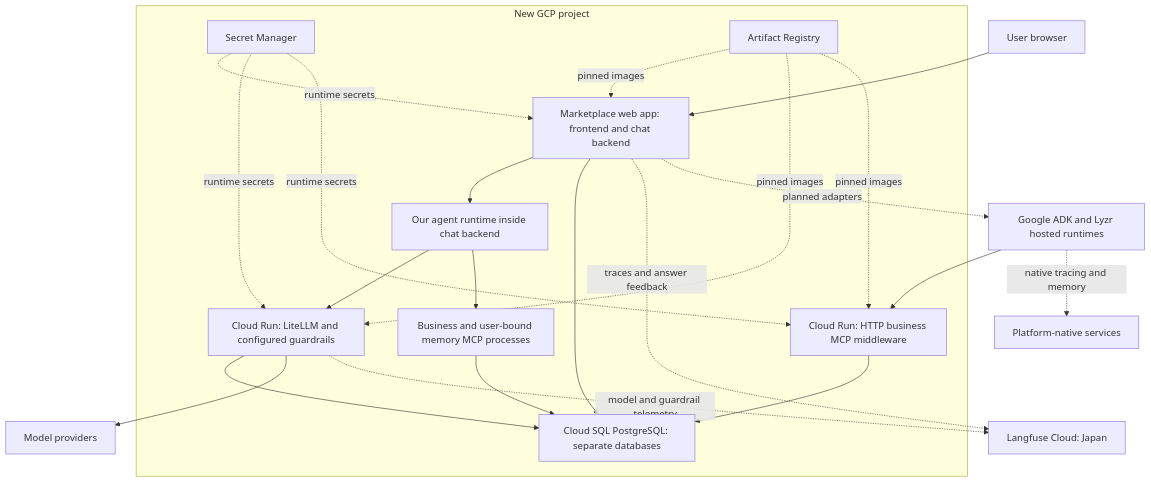
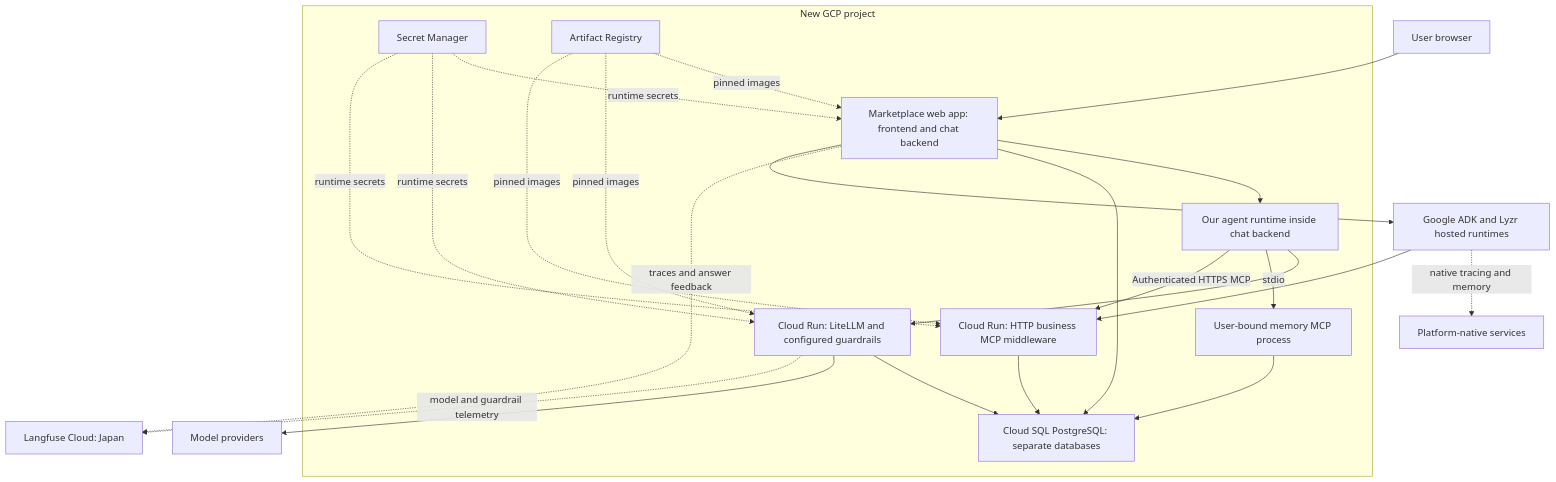
One commit to smakam/agentic-systems changed the diagram in course/MARKETPLACE-DEPLOYMENT-ARCHITECTURE.md. Above: the diagram before and after it, drawn with Mermaid. The commit also changed other lines of this file and 109 other files, not shown here.

````diff
--- a/course/MARKETPLACE-DEPLOYMENT-ARCHITECTURE.md
+++ b/course/MARKETPLACE-DEPLOYMENT-ARCHITECTURE.md
@@ -36,25 +38,26 @@
 ```mermaid
 flowchart TD
     User[User browser] --> Web[Marketplace web app: frontend and chat backend]
     subgraph GCP[New GCP project]
         Web --> SDK[Our agent runtime inside chat backend]
         SDK --> Gateway[Cloud Run: LiteLLM and configured guardrails]
-        SDK --> LocalTools[Business and user-bound memory MCP processes]
+        SDK -->|stdio| LocalTools[User-bound memory MCP process]
+        SDK -->|Authenticated HTTPS MCP| Remote
         Web --> SQL[Cloud SQL PostgreSQL: separate databases]
         LocalTools --> SQL
         Gateway --> SQL
         Remote[Cloud Run: HTTP business MCP middleware] --> SQL
         Secrets[Secret Manager] -. runtime secrets .-> Web
         Secrets -. runtime secrets .-> Gateway
         Secrets -. runtime secrets .-> Remote
         Images[Artifact Registry] -. pinned images .-> Web
         Images -. pinned images .-> Gateway
         Images -. pinned images .-> Remote
     end
     Gateway --> Models[Model providers]
     Web -. traces and answer feedback .-> LF[Langfuse Cloud: Japan]
     Gateway -. model and guardrail telemetry .-> LF
-    Web -. planned adapters .-> Hosted[Google ADK and Lyzr hosted runtimes]
+    Web --> Hosted[Google ADK and Lyzr hosted runtimes]
     Hosted --> Remote
     Hosted -. native tracing and memory .-> Native[Platform-native services]
 ```
````
